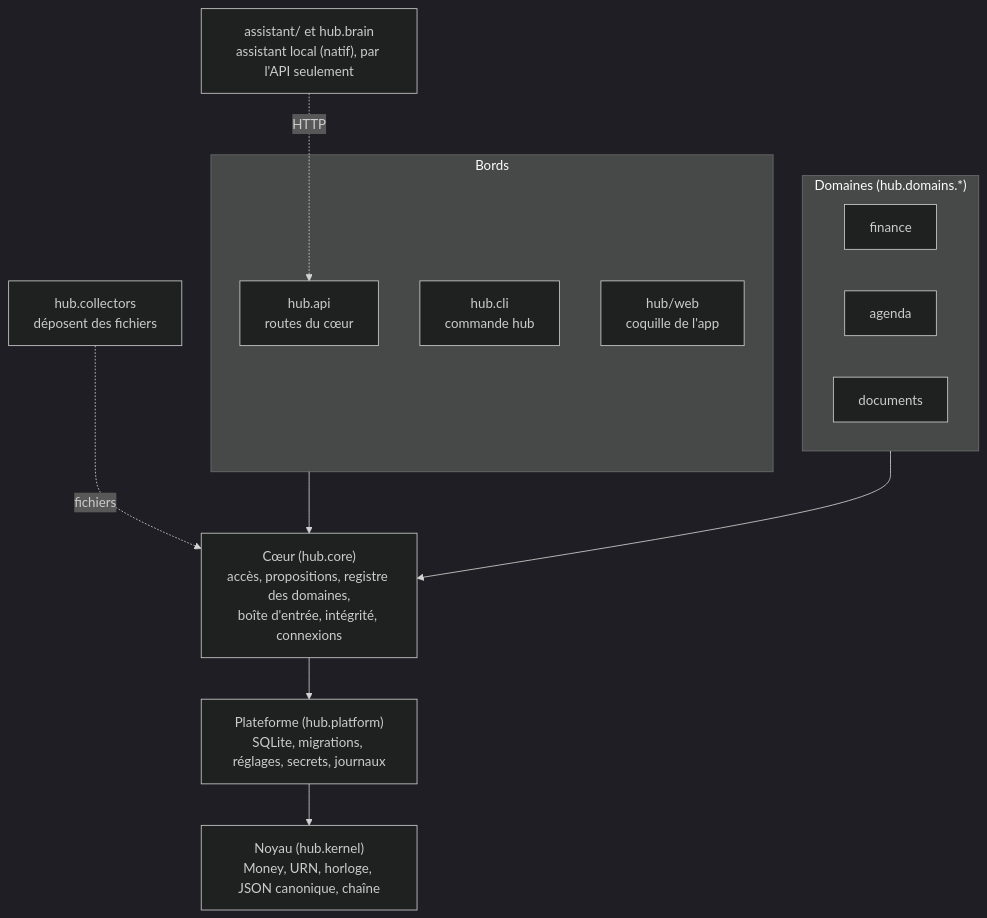
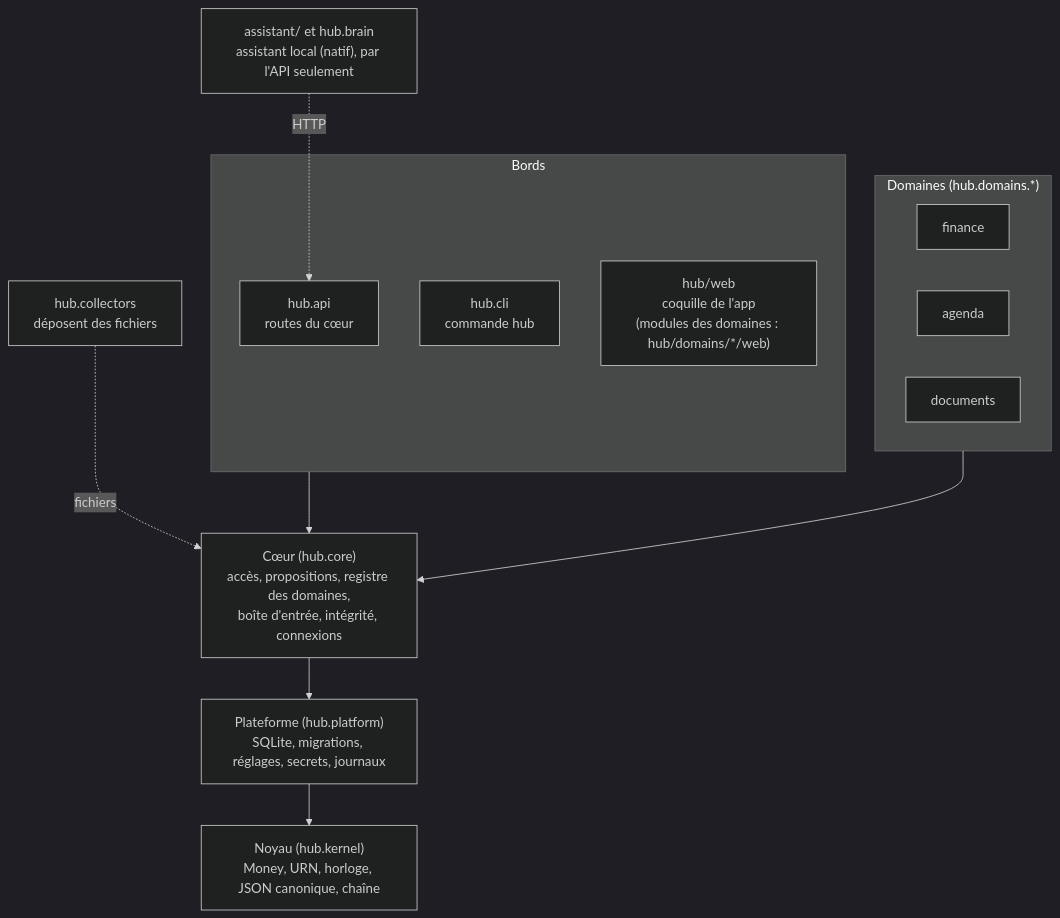
Before and after one commit to nayton-corp/personal-hub: the first of 4 diagrams in docs/architecture.md, drawn with Mermaid (dark theme). The commit also changed other lines of this file and 41 other files, not shown here.

First line of the commit message:
La finance quitte la coquille de l'app : chaque domaine a son dossier web

````diff
--- a/docs/architecture.md
+++ b/docs/architecture.md
@@ -10,23 +10,23 @@
 ```mermaid
 flowchart TB
   subgraph bords["Bords"]
     api["hub.api<br/>routes du cœur"]
     cli["hub.cli<br/>commande hub"]
-    web["hub/web<br/>coquille de l'app"]
+    web["hub/web<br/>coquille de l'app<br/>(modules des domaines : hub/domains/*/web)"]
   end
   subgraph domaines["Domaines (hub.domains.*)"]
     finance["finance"]
     agenda["agenda"]
     documents["documents"]
   end
   core["Cœur (hub.core)<br/>accès, propositions, registre des domaines,<br/>boîte d'entrée, intégrité, connexions"]
   platform["Plateforme (hub.platform)<br/>SQLite, migrations, réglages, secrets, journaux"]
   kernel["Noyau (hub.kernel)<br/>Money, URN, horloge, JSON canonique, chaîne"]
   collectors["hub.collectors<br/>déposent des fichiers"]
   brain["assistant/ et hub.brain<br/>assistant local (natif), par l'API seulement"]
   bords --> core
   domaines --> core
   core --> platform --> kernel
   collectors -. fichiers .-> core
   brain -. HTTP .-> api
 ```
````
